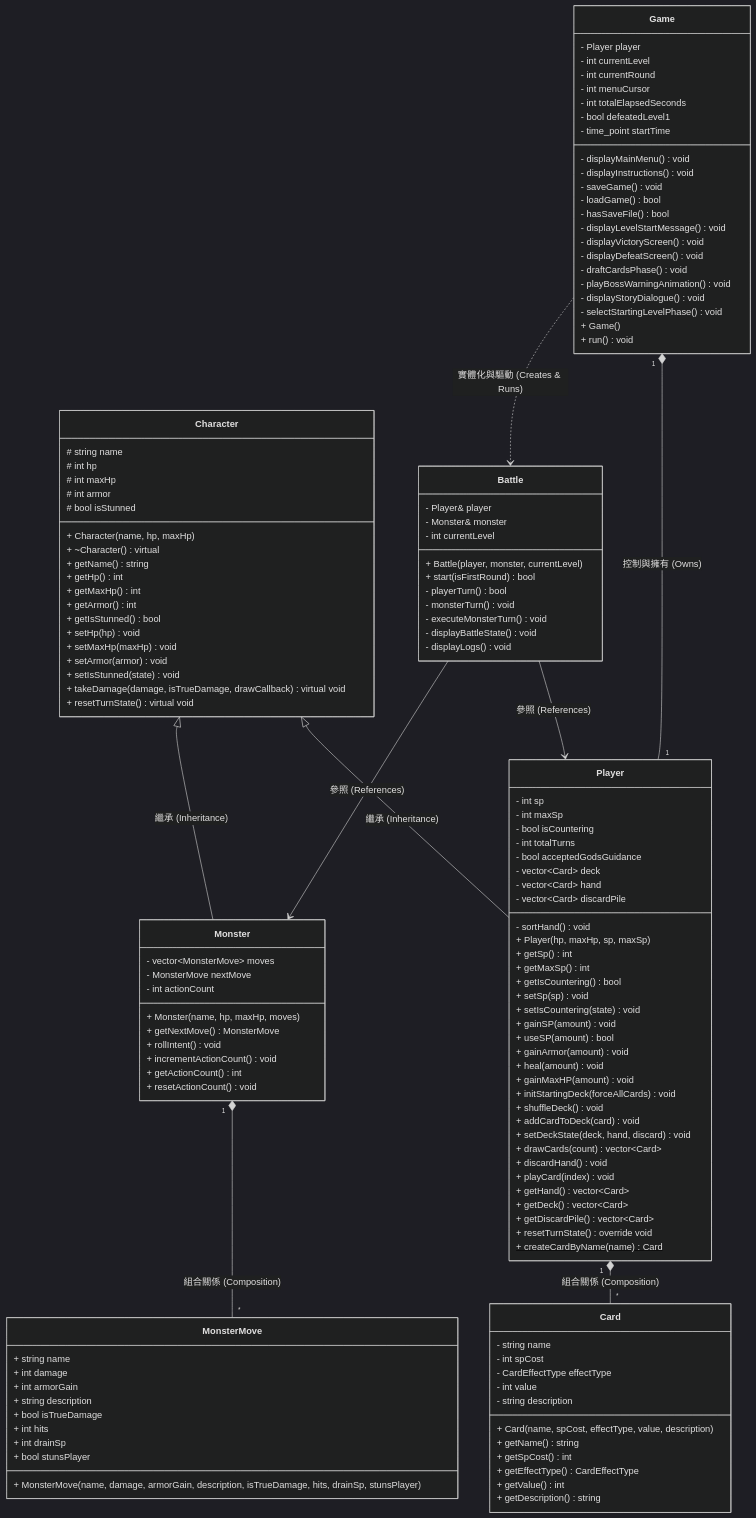
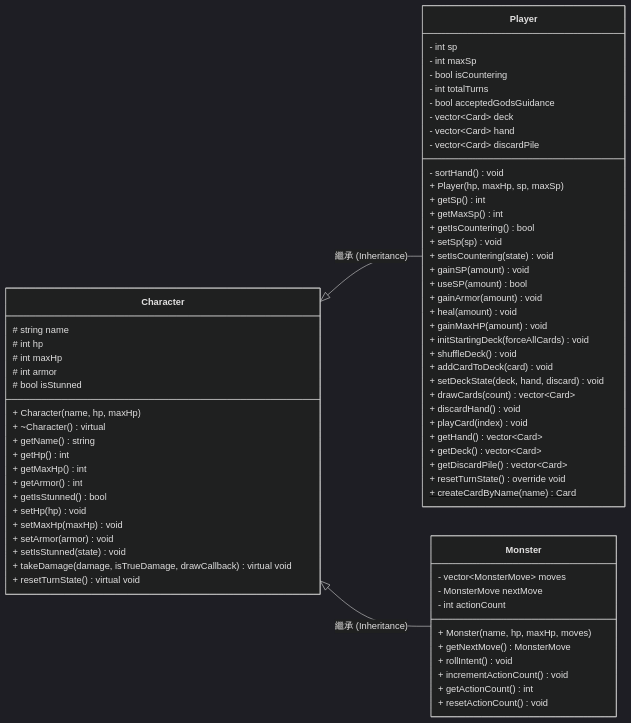
Before and after one commit to Louiss924/C-Project_RPG: the first of 3 diagrams in system_design.md, drawn with Mermaid (dark theme). The commit also changed other lines of this file and 2 other files, not shown here.

Commit message:
docs: switch to modular class diagrams and horizontal flowchart layouts

````diff
--- a/system_design.md
+++ b/system_design.md
@@ -14,5 +14,6 @@
 ```mermaid
 classDiagram
+    direction LR
     class Character {
         # string name
         # int hp
@@ -81,75 +82,6 @@
         + resetActionCount() void
     }
 
-    class Card {
-        - string name
-        - int spCost
-        - CardEffectType effectType
-        - int value
-        - string description
-        + Card(name, spCost, effectType, value, description)
-        + getName() string
-        + getSpCost() int
-        + getEffectType() CardEffectType
-        + getValue() int
-        + getDescription() string
-    }
-
-    class MonsterMove {
-        + string name
-        + int damage
-        + int armorGain
-        + string description
-        + bool isTrueDamage
-        + int hits
-        + int drainSp
-        + bool stunsPlayer
-        + MonsterMove(name, damage, armorGain, description, isTrueDamage, hits, drainSp, stunsPlayer)
-    }
-
-    class Battle {
-        - Player& player
-        - Monster& monster
-        - int currentLevel
-        + Battle(player, monster, currentLevel)
-        + start(isFirstRound) bool
-        - playerTurn() bool
-        - monsterTurn() void
-        - executeMonsterTurn() void
-        - displayBattleState() void
-        - displayLogs() void
-    }
-
-    class Game {
-        - Player player
-        - int currentLevel
-        - int currentRound
-        - int menuCursor
-        - int totalElapsedSeconds
-        - bool defeatedLevel1
-        - time_point startTime
-        - displayMainMenu() void
-        - displayInstructions() void
-        - saveGame() void
-        - loadGame() bool
-        - hasSaveFile() bool
-        - displayLevelStartMessage() void
-        - displayVictoryScreen() void
-        - displayDefeatScreen() void
-        - draftCardsPhase() void
-        - playBossWarningAnimation() void
-        - displayStoryDialogue() void
-        - selectStartingLevelPhase() void
-        + Game()
-        + run() void
-    }
-
     Character <|-- Player : 繼承 (Inheritance)
     Character <|-- Monster : 繼承 (Inheritance)
-    Player "1" *-- "*" Card : 組合關係 (Composition)
-    Monster "1" *-- "*" MonsterMove : 組合關係 (Composition)
-    Game "1" *-- "1" Player : 控制與擁有 (Owns)
-    Battle --> Player : 參照 (References)
-    Battle --> Monster : 參照 (References)
-    Game ..> Battle : 實體化與驅動 (Creates & Runs)
 ```
````
